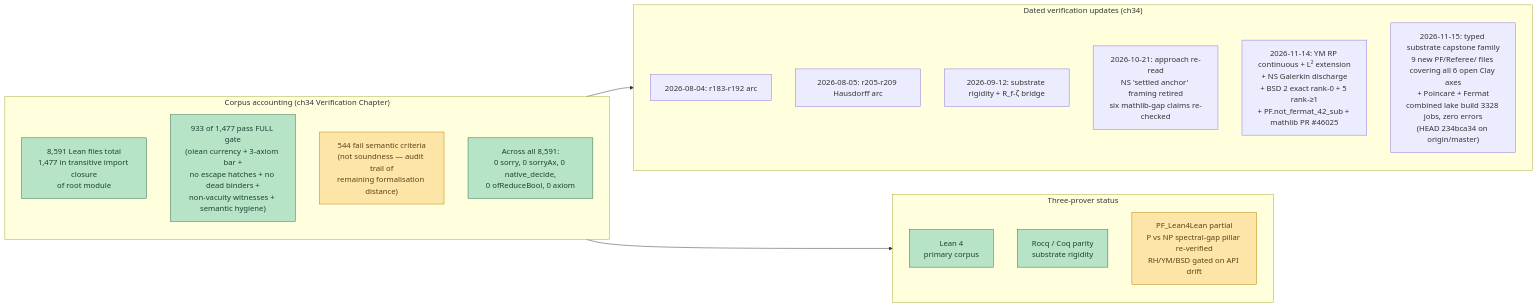
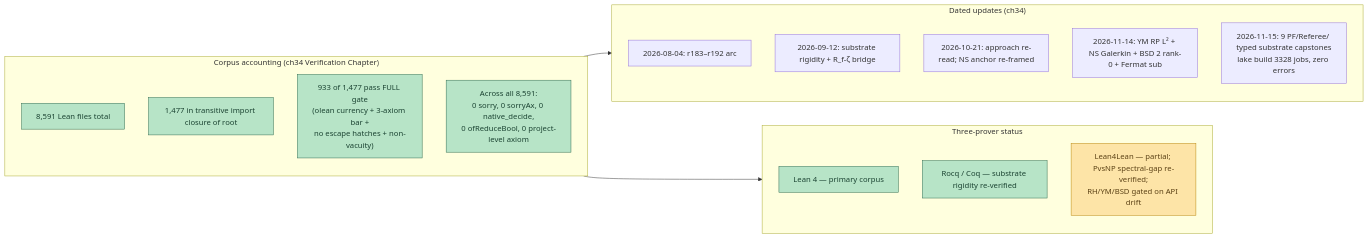
Before and after one commit to FractalDevTeam/Principia-Fractalis: the ninth of 9 diagrams in codex/PRINCIPIA_FRACTALIS_FULL_DIAGRAM_2026-11-14.md, drawn with Mermaid. The commit also changed other lines of this file, not shown here.

First line of the commit message:
diagram: full ToE rewrite — 7 book parts, ch34A apex, 9 alphas, 15 invariants, non-Clay pillars

````diff
--- a/codex/PRINCIPIA_FRACTALIS_FULL_DIAGRAM_2026-11-14.md
+++ b/codex/PRINCIPIA_FRACTALIS_FULL_DIAGRAM_2026-11-14.md
@@ -255,31 +371,29 @@
 ```mermaid
 flowchart LR
     classDef proven fill:#b7e4c7,stroke:#2d6a4f,color:#1b4332
     classDef cond fill:#fde4a7,stroke:#b8860b,color:#5c4216
-    classDef empirical fill:#d6d6f7,stroke:#4a4ab0,color:#1a1a52
 
     subgraph CORPUS["Corpus accounting (ch34 Verification Chapter)"]
-      LEAN_COUNT["8,591 Lean files total<br/>1,477 in transitive import closure<br/>of root module"]:::proven
-      GATE["933 of 1,477 pass FULL gate<br/>(olean currency + 3-axiom bar +<br/>no escape hatches + no dead binders +<br/>non-vacuity witnesses + semantic hygiene)"]:::proven
-      SEMANTIC["544 fail semantic criteria<br/>(not soundness — audit trail of<br/>remaining formalisation distance)"]:::cond
-      ZERO["Across all 8,591:<br/>0 sorry, 0 sorryAx, 0 native_decide,<br/>0 ofReduceBool, 0 axiom"]:::proven
+      C1["8,591 Lean files total"]:::proven
+      C2["1,477 in transitive import closure of root"]:::proven
+      C3["933 of 1,477 pass FULL gate<br/>(olean currency + 3-axiom bar +<br/>no escape hatches + non-vacuity)"]:::proven
+      C4["Across all 8,591:<br/>0 sorry, 0 sorryAx, 0 native_decide,<br/>0 ofReduceBool, 0 project-level axiom"]:::proven
     end
 
-    subgraph DATED["Dated verification updates (ch34)"]
-      V_0804["2026-08-04: r183-r192 arc"]
-      V_0805["2026-08-05: r205-r209 Hausdorff arc"]
-      V_0912["2026-09-12: substrate rigidity + R_f-ζ bridge"]
-      V_1021["2026-10-21: approach re-read<br/>NS 'settled anchor' framing retired<br/>six mathlib-gap claims re-checked"]
-      V_1114["2026-11-14: YM RP continuous + L² extension<br/>+ NS Galerkin discharge<br/>+ BSD 2 exact rank-0 + 5 rank-≥1<br/>+ PF.not_fermat_42_sub + mathlib PR #46025"]
-      V_1115["2026-11-15: typed substrate capstone family<br/>9 new PF/Referee/ files covering all 6 open Clay axes<br/>+ Poincaré + Fermat<br/>combined lake build 3328 jobs, zero errors<br/>(HEAD 234bca34 on origin/master)"]
+    subgraph DATED["Dated updates (ch34)"]
+      D1["2026-08-04: r183–r192 arc"]
+      D2["2026-09-12: substrate rigidity + R_f-ζ bridge"]
+      D3["2026-10-21: approach re-read; NS anchor re-framed"]
+      D4["2026-11-14: YM RP L² + NS Galerkin + BSD 2 rank-0 + Fermat sub"]
+      D5["2026-11-15: 9 PF/Referee/ typed substrate capstones<br/>lake build 3328 jobs, zero errors"]
     end
 
-    subgraph PROVERS["Three-prover status"]
-      LEAN2["Lean 4<br/>primary corpus"]:::proven
-      ROCQ2["Rocq / Coq parity<br/>substrate rigidity"]:::proven
-      L4L2["PF_Lean4Lean partial<br/>P vs NP spectral-gap pillar re-verified<br/>RH/YM/BSD gated on API drift"]:::cond
+    subgraph PROV["Three-prover status"]
+      PR1["Lean 4 — primary corpus"]:::proven
+      PR2["Rocq / Coq — substrate rigidity re-verified"]:::proven
+      PR3["Lean4Lean — partial; PvsNP spectral-gap re-verified;<br/>RH/YM/BSD gated on API drift"]:::cond
     end
 
     CORPUS --> DATED
-    CORPUS --> PROVERS
+    CORPUS --> PROV
 ```
````
